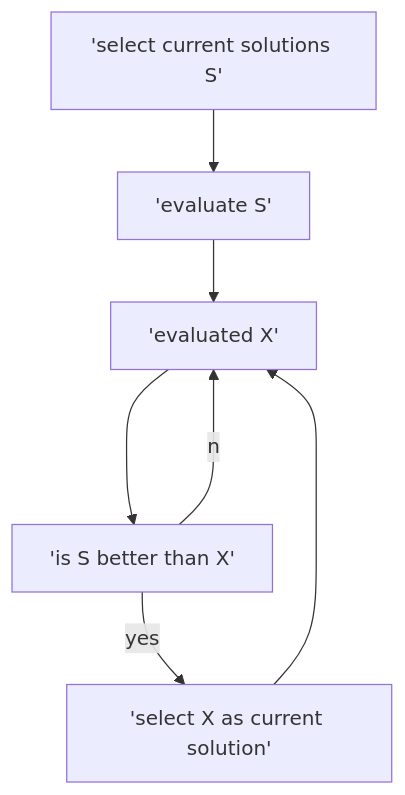
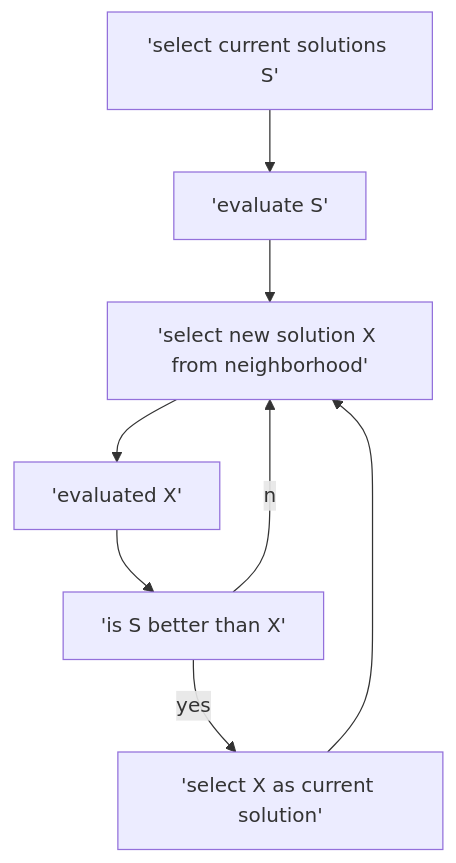
Before and after one commit to codingPhuc/obsidian_git_AI: the diagram in undone/hill climbing.md, drawn with Mermaid. The commit also changed other lines of this file, not shown here.

````diff
--- a/undone/hill climbing.md
+++ b/undone/hill climbing.md
@@ -8,7 +8,8 @@
 ```mermaid 
 	flowchart TD 
 	A['select current solutions S'] --> B['evaluate S']
 	B --> S['select new solution X from neighborhood']
-	S['evaluated X']--> D['is S better than X'] --no--> S
+	S-->G['evaluated X']
+	G['evaluated X']--> D['is S better than X'] --no--> S
 	D--yes-->F['select X as current solution']-->S
 ```
````
